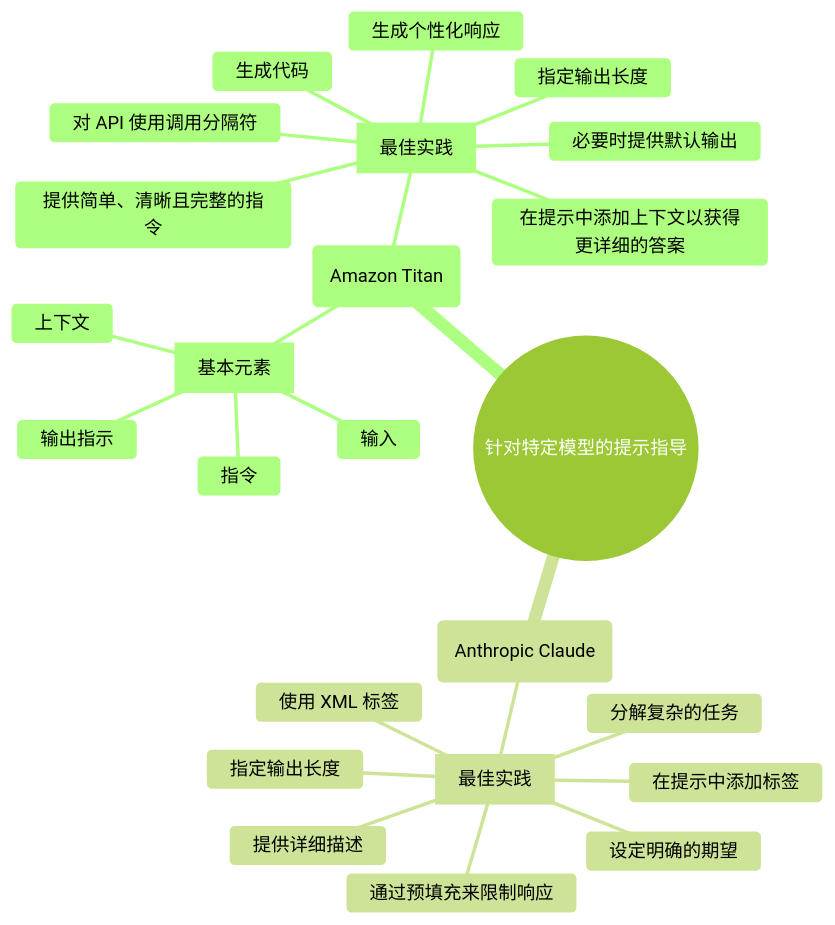
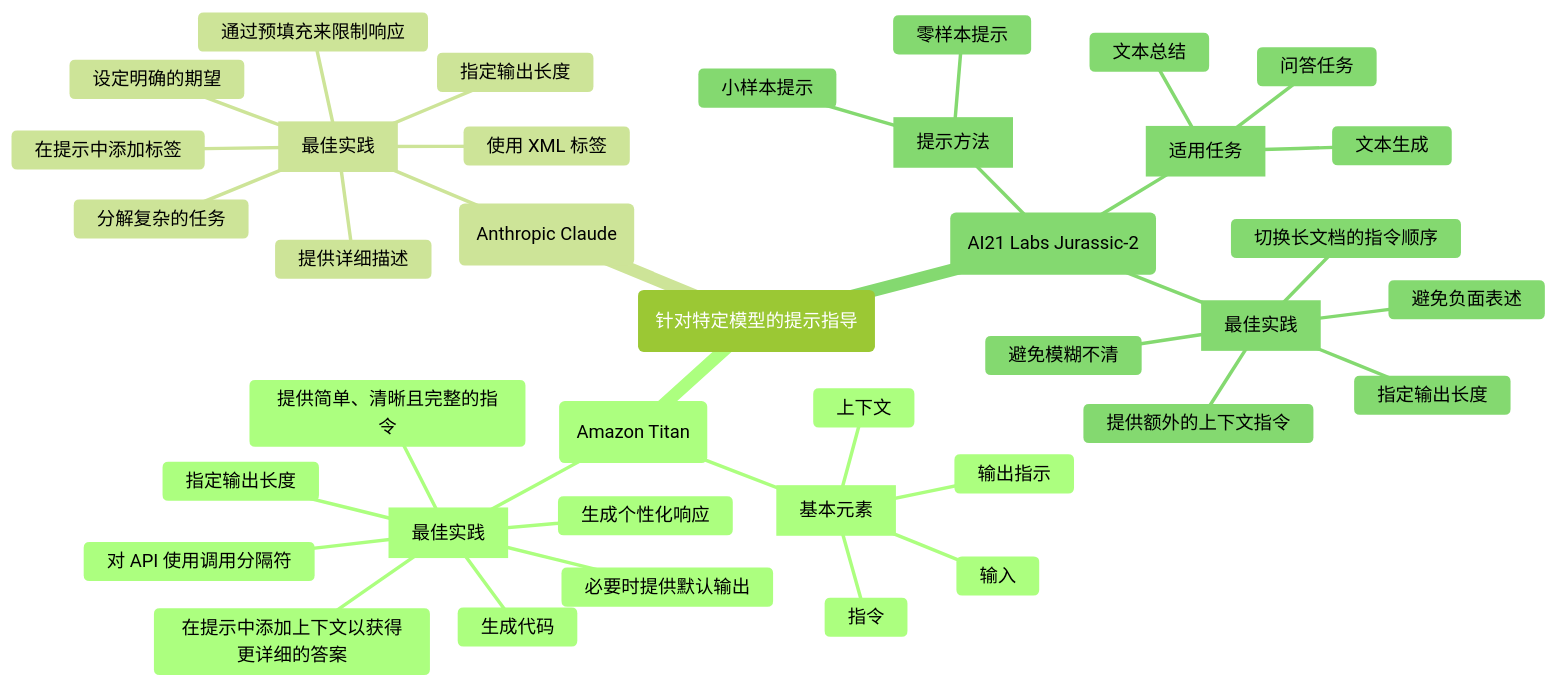
Before and after one commit to ytxmobile98/https-dev.amazoncloud.cn-learn-aitalent: the second of 2 diagrams in 技术研发效能/Module 1 - 如何使用大模型/2. 提示工程基础知识/2.2 提示类型和技术/特定于模型的提示技术.md, drawn with Mermaid (forest theme). The commit also changed other lines of this file, not shown here.

Commit message:
docs: AI21 Labs Jurassic-2

````diff
--- a/技术研发效能/Module 1 - 如何使用大模型/2. 提示工程基础知识/2.2 提示类型和技术/特定于模型的提示技术.md
+++ b/技术研发效能/Module 1 - 如何使用大模型/2. 提示工程基础知识/2.2 提示类型和技术/特定于模型的提示技术.md
@@ -97,27 +114,41 @@
 ```mermaid
 mindmap
-((针对特定模型的提示指导))
+(针对特定模型的提示指导)
     (Amazon Titan)
         [基本元素]
             指令
             上下文
             输入
             输出指示
         [最佳实践]
             指定输出长度
             提供简单、清晰且完整的指令
             在提示中添加上下文以获得更详细的答案
             必要时提供默认输出
             对 API 使用调用分隔符
             生成个性化响应
             生成代码
     (Anthropic Claude)
         [最佳实践]
             在提示中添加标签
             提供详细描述
             通过预填充来限制响应
             使用 XML 标签
             指定输出长度
             设定明确的期望
             分解复杂的任务
+    (AI21 Labs Jurassic-2)
+        [适用任务]
+            文本总结
+            文本生成
+            问答任务
+        [提示方法]
+            零样本提示
+            小样本提示
+        [最佳实践]
+            指定输出长度
+            避免模糊不清
+            提供额外的上下文指令
+            避免负面表述
+            切换长文档的指令顺序
 ```
````
